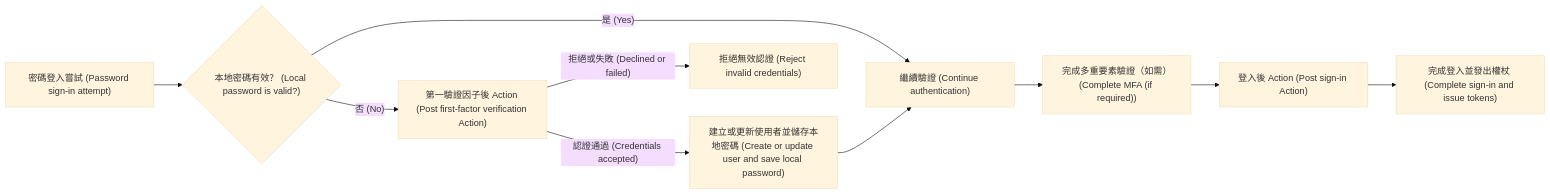
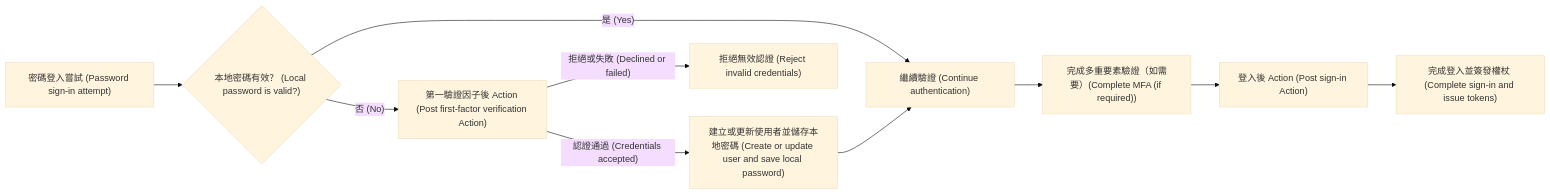
One commit to logto-io/docs changed the diagram in i18n/zh-TW/docusaurus-plugin-content-docs/current/developers/actions/README.mdx. Above: the diagram before and after it, drawn with Mermaid (base theme). The commit also changed other lines of this file and 17 other files, not shown here.

````diff
--- a/i18n/zh-TW/docusaurus-plugin-content-docs/current/developers/actions/README.mdx
+++ b/i18n/zh-TW/docusaurus-plugin-content-docs/current/developers/actions/README.mdx
@@ -29,12 +29,12 @@
 ```mermaid
 flowchart LR
   A["密碼登入嘗試 (Password sign-in attempt)"] --> B{"本地密碼有效？ (Local password is valid?)"}
   B -->|"是 (Yes)"| E["繼續驗證 (Continue authentication)"]
   B -->|"否 (No)"| C["第一驗證因子後 Action (Post first-factor verification Action)"]
   C -->|"認證通過 (Credentials accepted)"| D["建立或更新使用者並儲存本地密碼 (Create or update user and save local password)"]
   C -->|"拒絕或失敗 (Declined or failed)"| X["拒絕無效認證 (Reject invalid credentials)"]
   D --> E
-  E --> F["完成多重要素驗證（如需）(Complete MFA (if required))"]
+  E --> F["完成多重要素驗證（如需要）(Complete MFA (if required))"]
   F --> G["登入後 Action (Post sign-in Action)"]
-  G --> H["完成登入並發出權杖 (Complete sign-in and issue tokens)"]
+  G --> H["完成登入並簽發權杖 (Complete sign-in and issue tokens)"]
 ```
````
